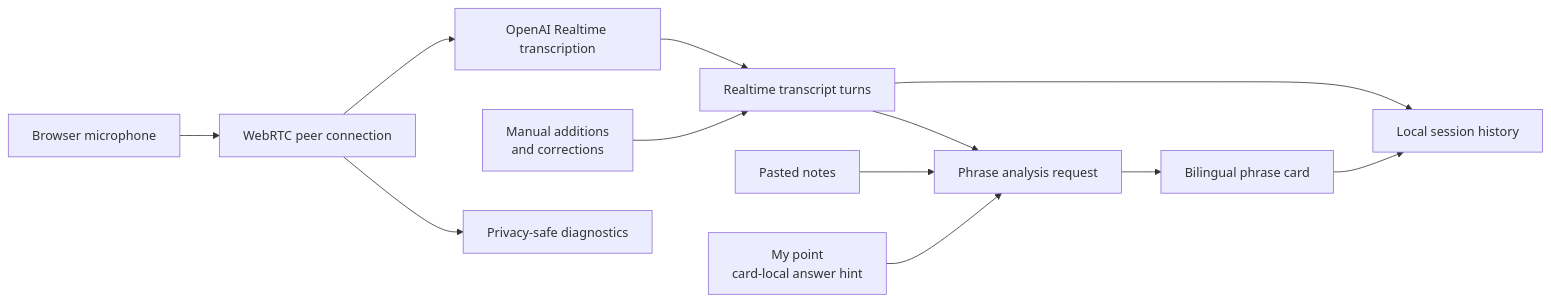
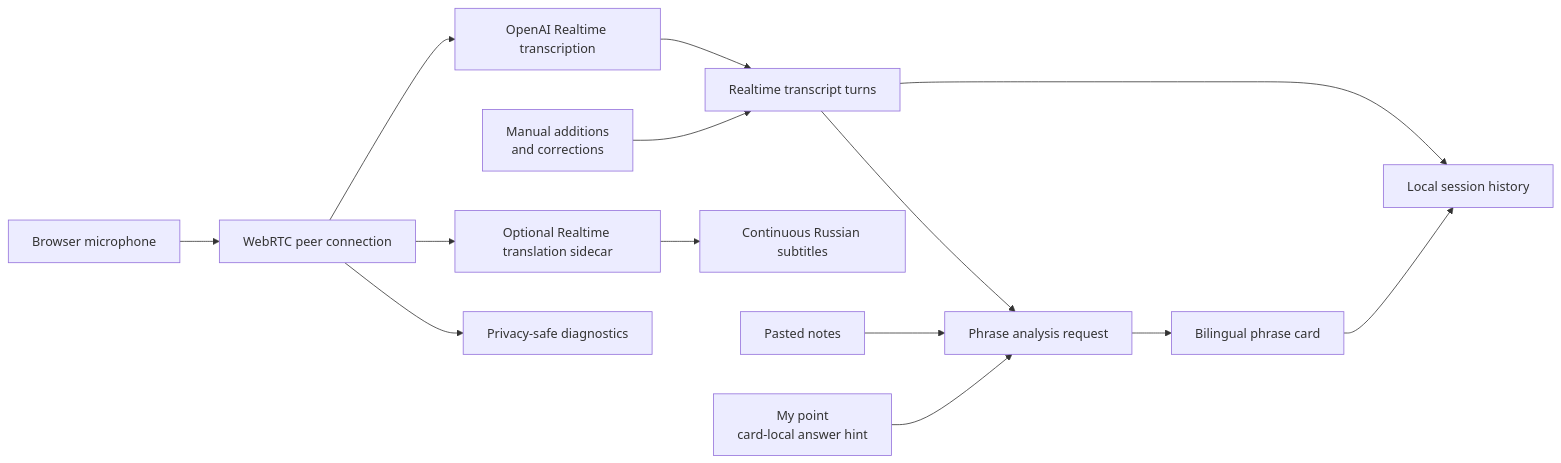
The diagram in docs/architecture.md (filimo/EchoGuide.ai), drawn with Mermaid before and after one commit. The commit also changed other lines of this file and 14 other files, not shown here.

First line of the commit message:
Add fast and continuous Russian translation layers

````diff
--- a/docs/architecture.md
+++ b/docs/architecture.md
@@ -7,14 +7,16 @@
 ```mermaid
 flowchart LR
     M["Browser microphone"] --> W["WebRTC peer connection"]
     W --> R["OpenAI Realtime transcription"]
     R --> T["Realtime transcript turns"]
+    W --> X["Optional Realtime translation sidecar"]
+    X --> S["Continuous Russian subtitles"]
     U["Manual additions<br/>and corrections"] --> T
     T --> A["Phrase analysis request"]
     K["Pasted notes"] --> A
     P["My point<br/>card-local answer hint"] --> A
     A --> C["Bilingual phrase card"]
     T --> H["Local session history"]
     C --> H
     W --> D["Privacy-safe diagnostics"]
 ```
````
